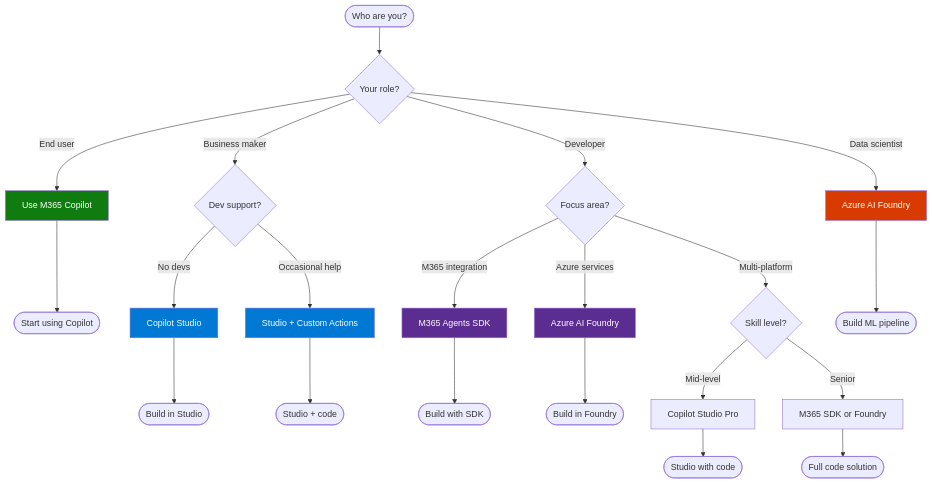
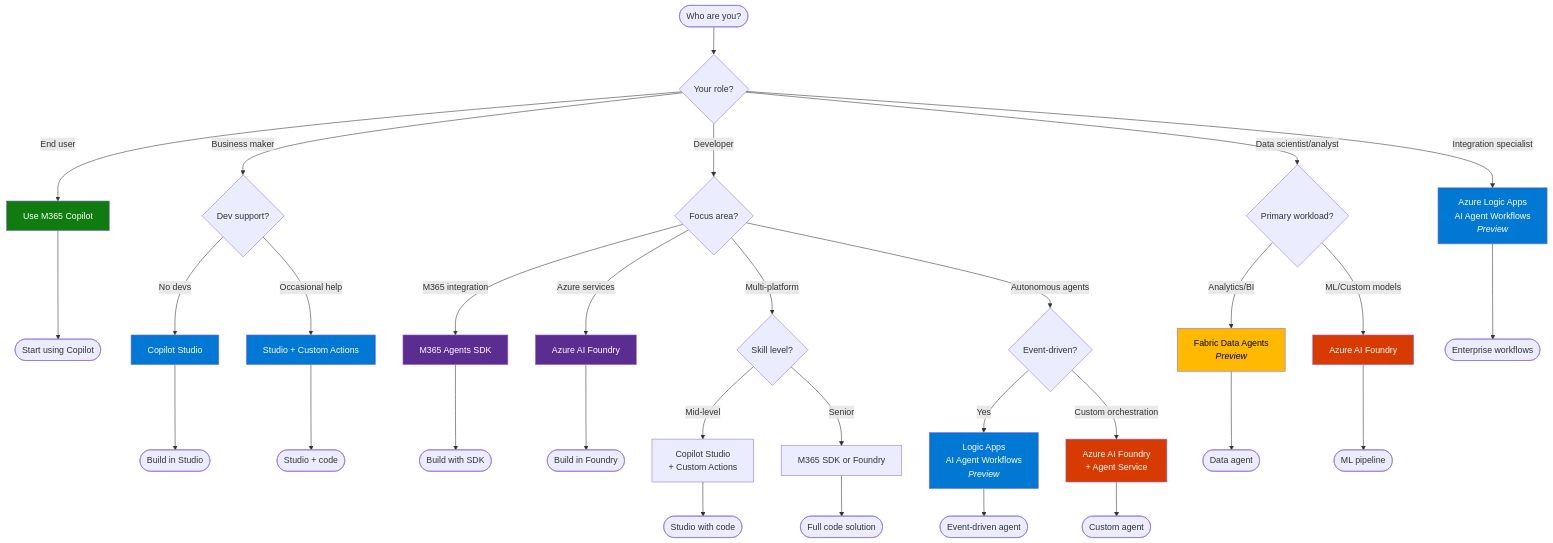
The third of 8 diagrams in docs/visual-framework.md (ChrisMcKee1/microsoft-ai-decision-tree), drawn with Mermaid before and after one commit. The commit also changed other lines of this file and 11 other files, not shown here.

````diff
--- a/docs/visual-framework.md
+++ b/docs/visual-framework.md
@@ -77,35 +205,51 @@
 ```mermaid
 flowchart TD
     Start([Who are you?]) --> P1{Your role?}
     
     P1 -->|End user| User[Use M365 Copilot]
     P1 -->|Business maker| Maker{Dev support?}
     P1 -->|Developer| Dev{Focus area?}
-    P1 -->|Data scientist| DS[Azure AI Foundry]
+    P1 -->|Data scientist/analyst| DS{Primary workload?}
+    P1 -->|Integration specialist| IntSpec[Azure Logic Apps<br/>AI Agent Workflows<br/><i>Preview</i>]
     
     Maker -->|No devs| MakerStudio[Copilot Studio]
     Maker -->|Occasional help| MakerPlus[Studio + Custom Actions]
     
     Dev -->|M365 integration| DevM365[M365 Agents SDK]
     Dev -->|Azure services| DevAzure[Azure AI Foundry]
     Dev -->|Multi-platform| DevChoice{Skill level?}
+    Dev -->|Autonomous agents| DevAuto{Event-driven?}
     
-    DevChoice -->|Mid-level| DevStudio[Copilot Studio Pro]
+    DevChoice -->|Mid-level| DevStudio[Copilot Studio<br/>+ Custom Actions]
     DevChoice -->|Senior| DevSDK[M365 SDK or Foundry]
+    
+    DevAuto -->|Yes| DevLogic[Logic Apps<br/>AI Agent Workflows<br/><i>Preview</i>]
+    DevAuto -->|Custom orchestration| DevFoundry[Azure AI Foundry<br/>+ Agent Service]
+    
+    DS -->|Analytics/BI| DSFabric[Fabric Data Agents<br/><i>Preview</i>]
+    DS -->|ML/Custom models| DSFoundry[Azure AI Foundry]
     
     User --> UserEnd([Start using Copilot])
     MakerStudio --> MakerEnd([Build in Studio])
     MakerPlus --> MakerPlusEnd([Studio + code])
     DevM365 --> DevM365End([Build with SDK])
     DevAzure --> DevAzureEnd([Build in Foundry])
-    DS --> DSEnd([Build ML pipeline])
     DevStudio --> DevStudioEnd([Studio with code])
     DevSDK --> DevSDKEnd([Full code solution])
+    DevLogic --> DevLogicEnd([Event-driven agent])
+    DevFoundry --> DevFoundryEnd([Custom agent])
+    DSFabric --> DSFabricEnd([Data agent])
+    DSFoundry --> DSFoundryEnd([ML pipeline])
+    IntSpec --> IntSpecEnd([Enterprise workflows])
     
     style User fill:#107C10,color:#fff
     style MakerStudio fill:#0078D4,color:#fff
     style MakerPlus fill:#0078D4,color:#fff
     style DevM365 fill:#5C2D91,color:#fff
     style DevAzure fill:#5C2D91,color:#fff
-    style DS fill:#D83B01,color:#fff
+    style DevLogic fill:#0078D4,color:#fff
+    style DevFoundry fill:#D83B01,color:#fff
+    style DSFabric fill:#FFB900,color:#000
+    style DSFoundry fill:#D83B01,color:#fff
+    style IntSpec fill:#0078D4,color:#fff
 ```
````
